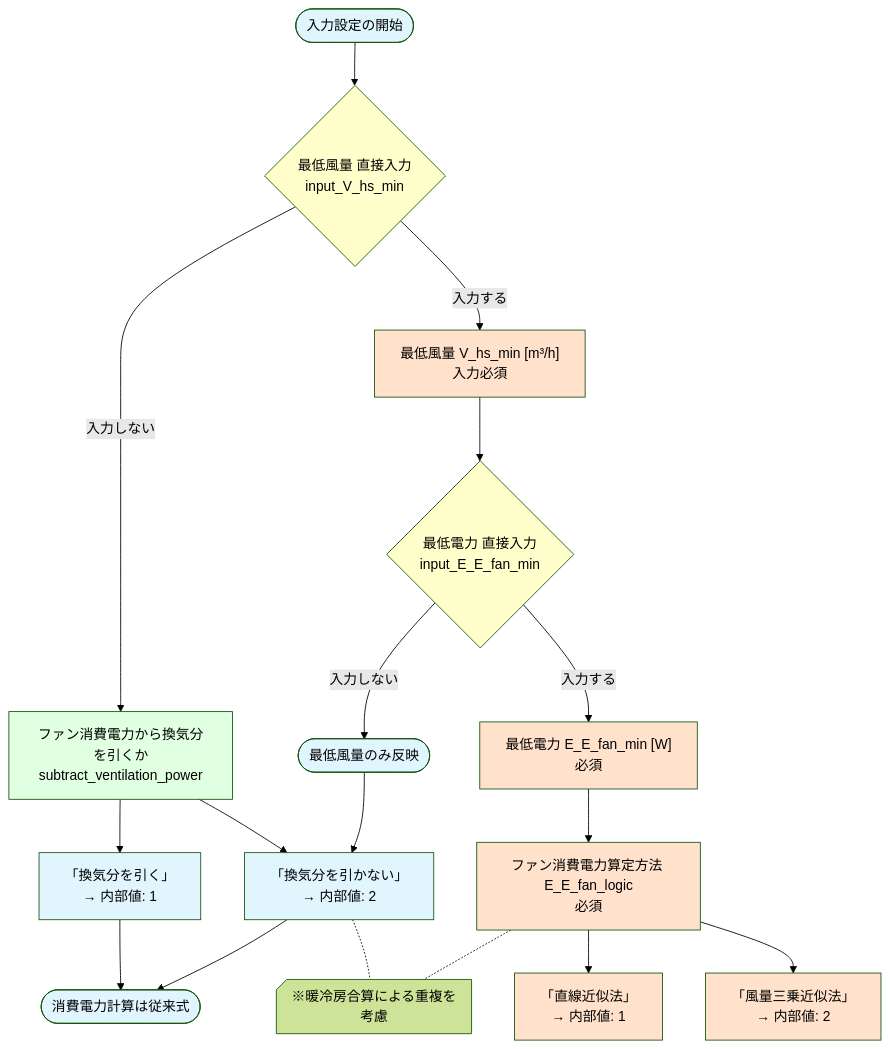
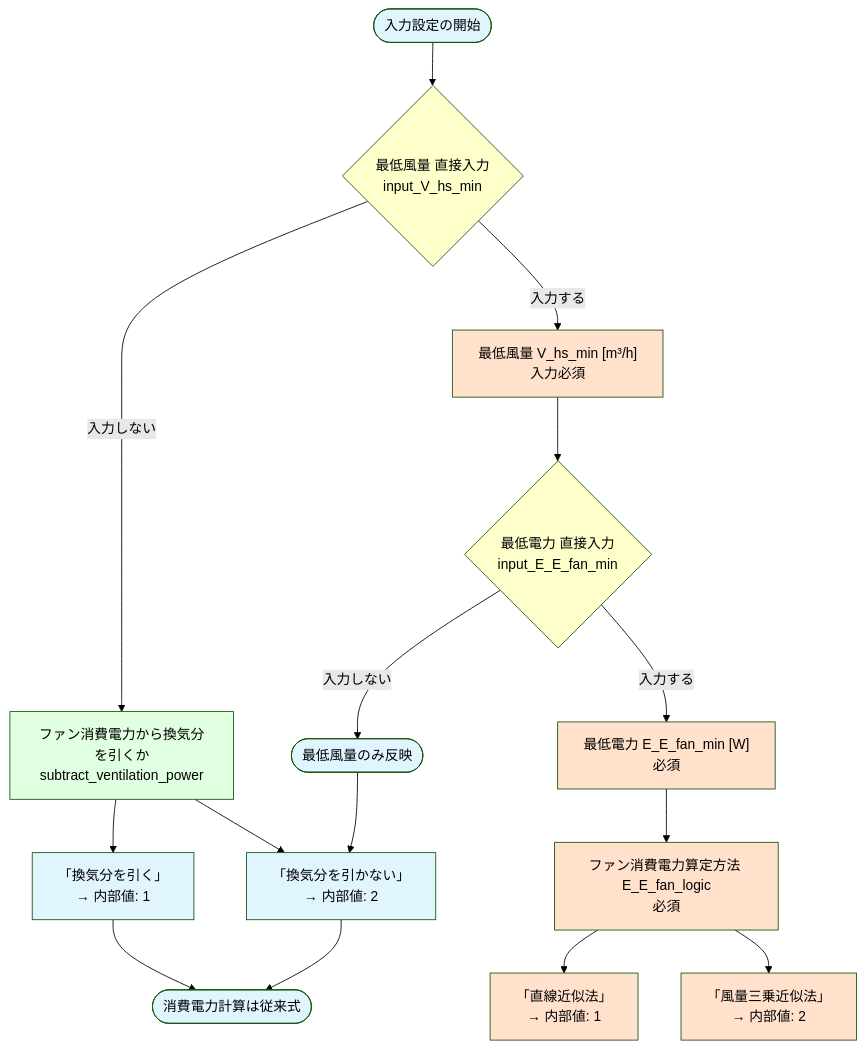
One commit to iguchi-lab/Verification-Platform-Next changed the first of 8 diagrams in docs/最低風量_最低電力_直接入力.md. Above: the diagram before and after it, drawn with Mermaid (forest theme). The commit also changed other lines of this file and 1 other file, not shown here.

````diff
--- a/docs/最低風量_最低電力_直接入力.md
+++ b/docs/最低風量_最低電力_直接入力.md
@@ -45,39 +45,36 @@
 ```mermaid
 flowchart TD
 
 Start([入力設定の開始])
 --> Q1{最低風量 直接入力<br/>input_V_hs_min}
 
 Q1 -->|入力しない| A1[ファン消費電力から換気分を引くか<br/>subtract_ventilation_power]
 A1 --> A1a["「換気分を引く」<br/>→ 内部値: 1"]
 A1 --> A1b["「換気分を引かない」<br/>→ 内部値: 2"]
 
 Q1 -->|入力する| B1["最低風量 V_hs_min [m³/h]<br/>入力必須"]
 B1 --> Q2{最低電力 直接入力<br/>input_E_E_fan_min}
 
 Q2 -->|入力しない| EndB([最低風量のみ反映])
 EndB --> A1b
 A1a & A1b --> EndA([消費電力計算は従来式])
 
 Q2 -->|入力する| C1["最低電力 E_E_fan_min [W]<br/>必須"]
 C1 --> C2["ファン消費電力算定方法 E_E_fan_logic<br/>必須"]
 C2 --> C2a["「直線近似法」<br/>→ 内部値: 1"]
 C2 --> C2b["「風量三乗近似法」<br/>→ 内部値: 2"]
 
-Note@{ shape: notch-rect, label: "※暖冷房合算による重複を考慮" }
-A1b & C2 -.- Note
-
 style Start fill:#e1f5ff
 style Q1 fill:#ffffcc
 style A1 fill:#e1ffe1
 style A1a fill:#e1f5ff
 style A1b fill:#e1f5ff
 style B1 fill:#ffe1cc
 style Q2 fill:#ffffcc
 style EndB fill:#e1f5ff
 style EndA fill:#e1f5ff
 style C1 fill:#ffe1cc
 style C2 fill:#ffe1cc
 style C2a fill:#ffe1cc
 style C2b fill:#ffe1cc
 ```
````
